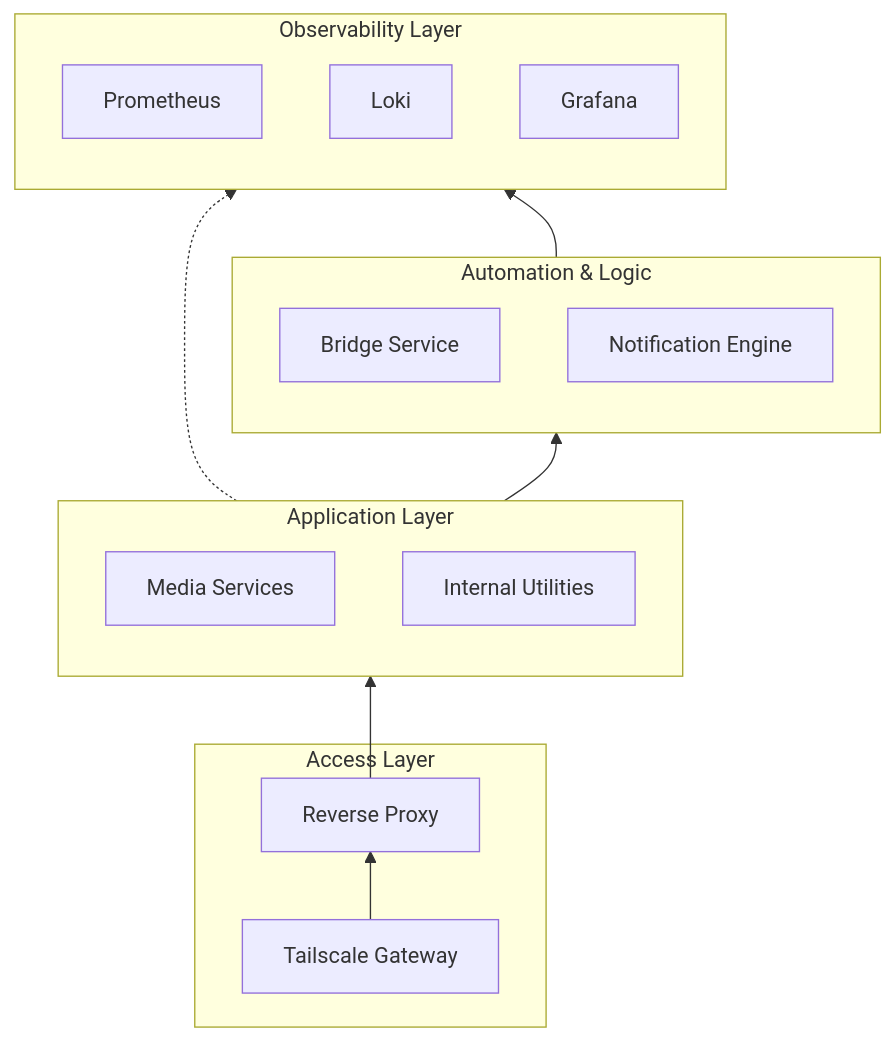
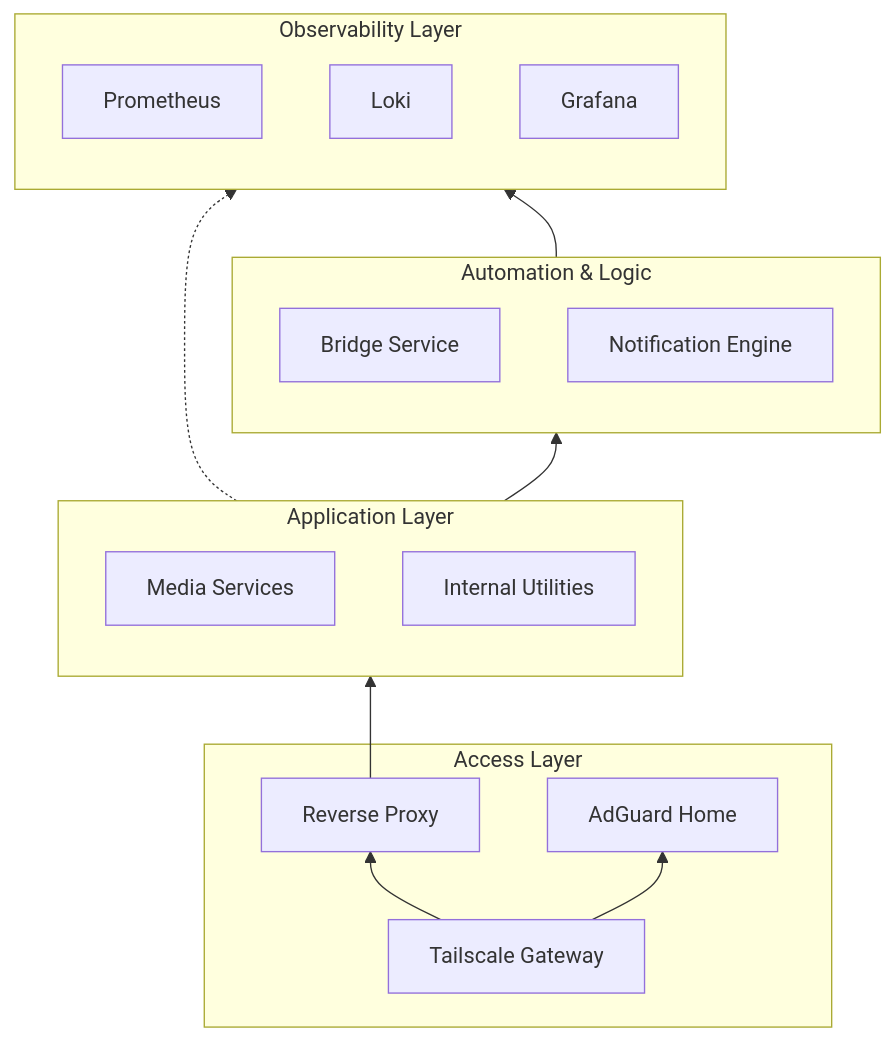
One commit to homelab-hq/docs changed the first of 2 diagrams in docs/infrastructure/overview.md. Above: the diagram before and after it, drawn with Mermaid. The commit also changed other lines of this file and 3 other files, not shown here.

First line of the commit message:
docs: add AdGuard Home, privacy policy, terms of service

````diff
--- a/docs/infrastructure/overview.md
+++ b/docs/infrastructure/overview.md
@@ -21,29 +22,31 @@
 ```mermaid
 graph BT
     subgraph AppLayer [Application Layer]
         Media[Media Services]
         Utility[Internal Utilities]
     end
 
     subgraph LogicLayer [Automation & Logic]
         Bridge[Bridge Service]
         Apprise[Notification Engine]
     end
 
     subgraph DataLayer [Observability Layer]
         Metrics[Prometheus]
         Logs[Loki]
         Dash[Grafana]
     end
 
     subgraph GateLayer [Access Layer]
         VPN[Tailscale Gateway]
         Proxy[Reverse Proxy]
+        DNS[AdGuard Home]
     end
 
     VPN --> Proxy
+    VPN --> DNS
     Proxy --> AppLayer
     AppLayer --> LogicLayer
     AppLayer -.-> DataLayer
     LogicLayer --> DataLayer
 ```
````
